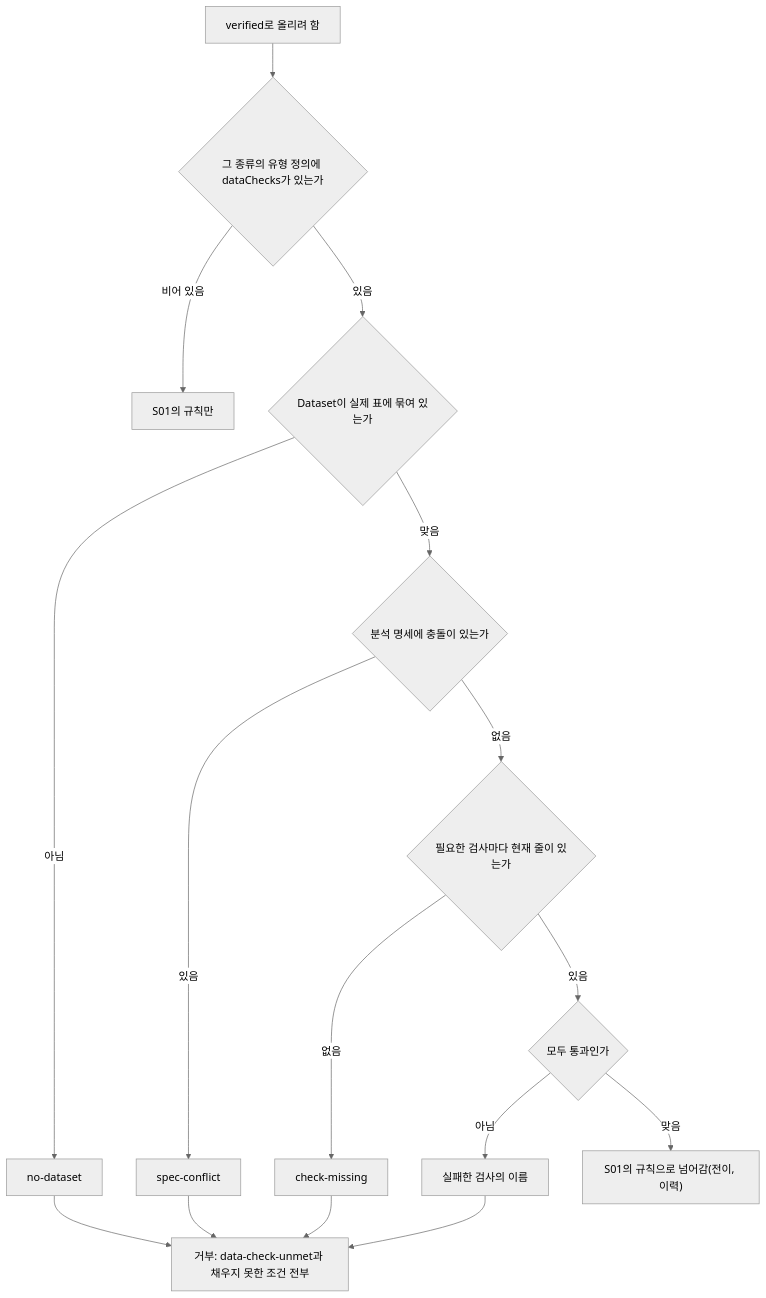
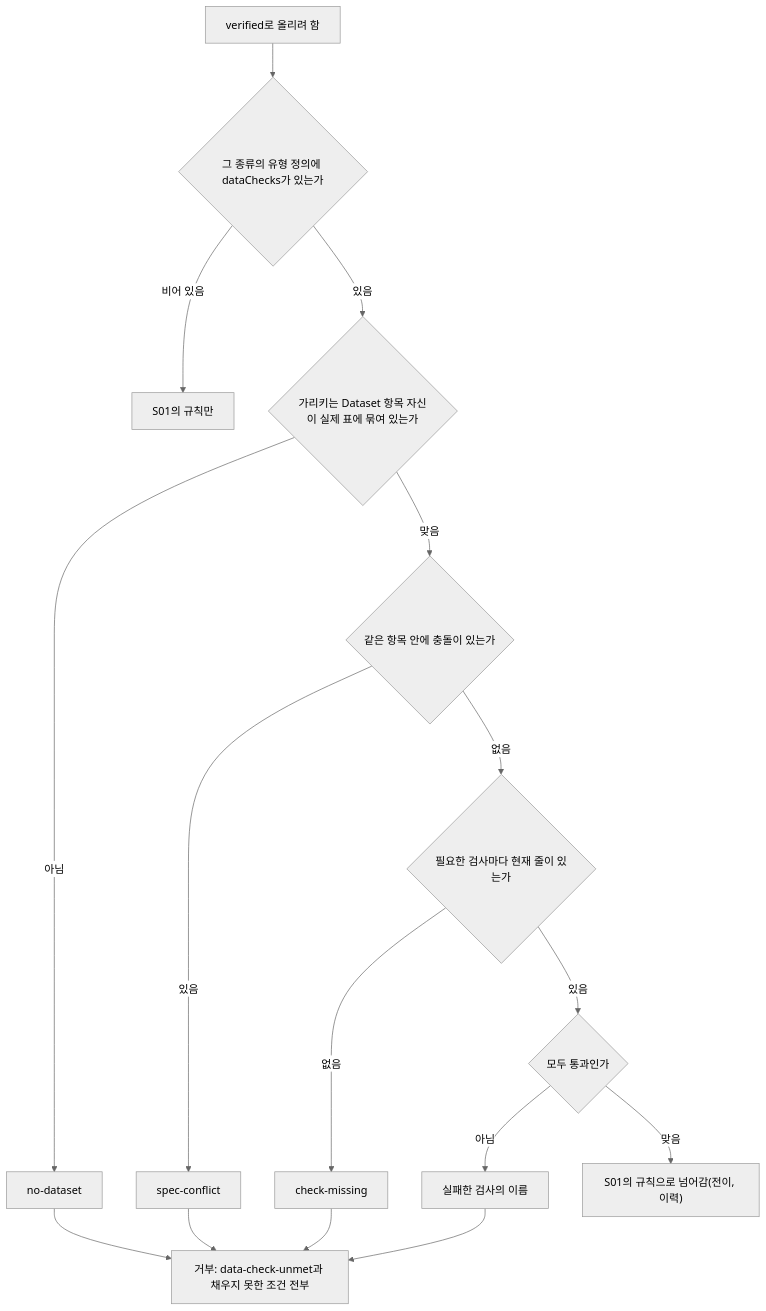
One commit to nohdol97/PKI changed the third of 4 diagrams in docs/specs/2026-11-22-S03-analytical-semantic.md. Above: the diagram before and after it, drawn with Mermaid (neutral theme). The commit also changed other lines of this file, not shown here.

````diff
--- a/docs/specs/2026-11-22-S03-analytical-semantic.md
+++ b/docs/specs/2026-11-22-S03-analytical-semantic.md
@@ -383,18 +400,18 @@
 ```mermaid
 flowchart TD
   A["verified로 올리려 함"] --> K{"그 종류의 유형 정의에 dataChecks가 있는가"}
   K -- "비어 있음" --> S01["S01의 규칙만"]
-  K -- "있음" --> D{"Dataset이 실제 표에 묶여 있는가"}
+  K -- "있음" --> D{"가리키는 Dataset 항목 자신이 실제 표에 묶여 있는가"}
   D -- "아님" --> U1["no-dataset"]
-  D -- "맞음" --> C{"분석 명세에 충돌이 있는가"}
+  D -- "맞음" --> C{"같은 항목 안에 충돌이 있는가"}
   C -- "있음" --> U2["spec-conflict"]
   C -- "없음" --> M{"필요한 검사마다 현재 줄이 있는가"}
   M -- "없음" --> U3["check-missing"]
   M -- "있음" --> P{"모두 통과인가"}
   P -- "아님" --> U4["실패한 검사의 이름"]
   P -- "맞음" --> OK["S01의 규칙으로 넘어감(전이, 이력)"]
   U1 --> REF["거부: data-check-unmet과 채우지 못한 조건 전부"]
   U2 --> REF
   U3 --> REF
   U4 --> REF
 ```
````
